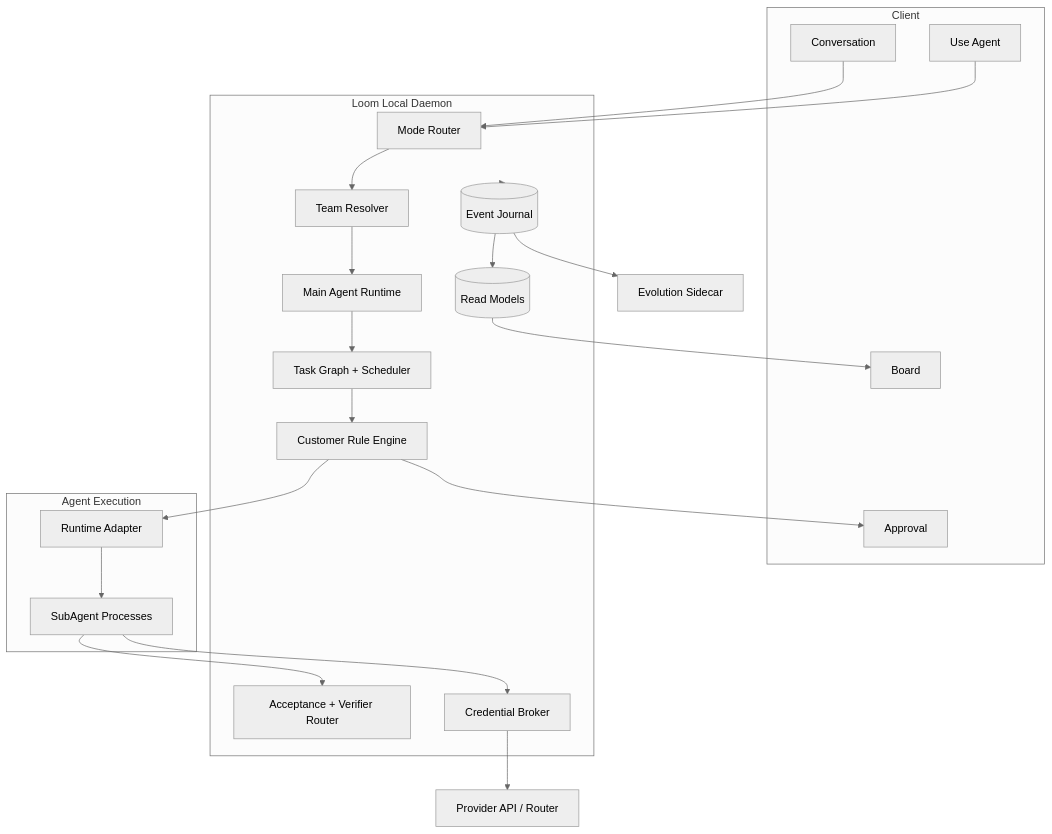
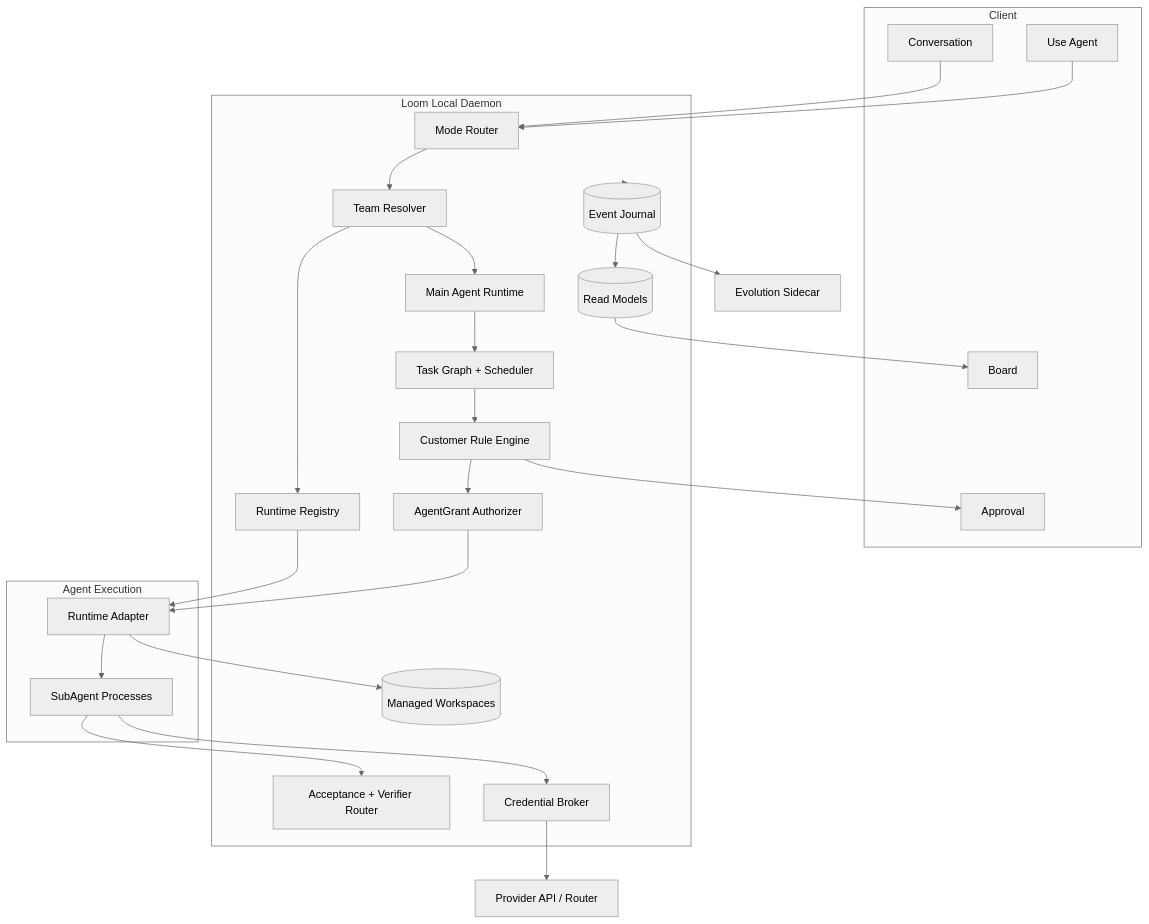
The fourth of 13 diagrams in docs/ARCHITECTURE.md (tttboy123/loom), drawn with Mermaid (neutral theme) before and after one commit. The commit also changed other lines of this file and 26 other files, not shown here.

````diff
--- a/docs/ARCHITECTURE.md
+++ b/docs/ARCHITECTURE.md
@@ -108,47 +119,54 @@
 ```mermaid
 flowchart TB
     subgraph Client["Client"]
         Conversation["Conversation"]
         AgentEntry["Use Agent"]
         Board["Board"]
         Approval["Approval"]
     end
 
     subgraph Daemon["Loom Local Daemon"]
         ModeRouter["Mode Router"]
         TeamResolver["Team Resolver"]
+        RuntimeRegistry["Runtime Registry"]
         MainAgent["Main Agent Runtime"]
         Scheduler["Task Graph + Scheduler"]
+        Grant["AgentGrant Authorizer"]
         Rules["Customer Rule Engine"]
         Verification["Acceptance + Verifier Router"]
         Broker["Credential Broker"]
         Journal[("Event Journal")]
+        Workspaces[("Managed Workspaces")]
         ReadModels[("Read Models")]
     end
 
     subgraph External["Agent Execution"]
         Adapter["Runtime Adapter"]
         Agents["SubAgent Processes"]
     end
 
     Provider["Provider API / Router"]
     Sidecar["Evolution Sidecar"]
 
     Conversation --> ModeRouter
     AgentEntry --> ModeRouter
     ModeRouter --> TeamResolver
+    TeamResolver --> RuntimeRegistry
     TeamResolver --> MainAgent
     MainAgent --> Scheduler
     Scheduler --> Rules
-    Rules --> Adapter
+    Rules --> Grant
+    Grant --> Adapter
+    RuntimeRegistry --> Adapter
     Adapter --> Agents
+    Adapter --> Workspaces
     Agents --> Verification
     Agents --> Broker
     Broker --> Provider
 
     Daemon --> Journal
     Journal --> ReadModels
     ReadModels --> Board
     Rules --> Approval
     Journal --> Sidecar
 ```
````
